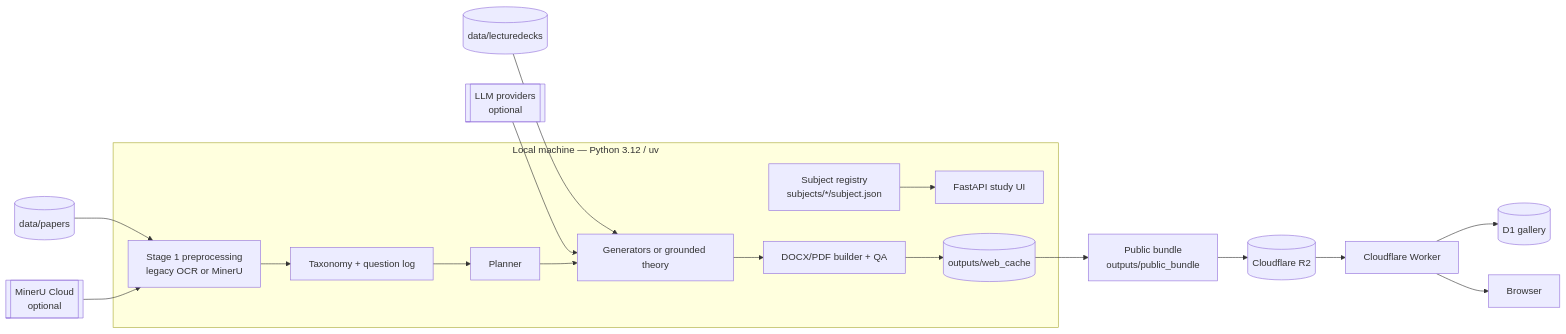
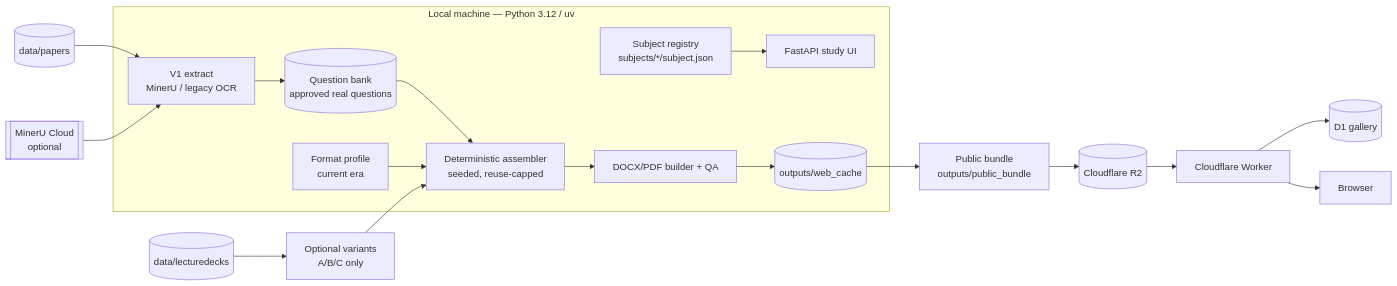
Before and after one commit to jerkfish/paper-generator: the first of 3 diagrams in README.md, drawn with Mermaid. The commit also changed other lines of this file, not shown here.

````diff
--- a/README.md
+++ b/README.md
@@ -54,26 +62,28 @@
 ```mermaid
 flowchart LR
   subgraph LOCAL["Local machine — Python 3.12 / uv"]
     UI["FastAPI study UI"]
     REG["Subject registry<br/>subjects/*/subject.json"]
-    PRE["Stage 1 preprocessing<br/>legacy OCR or MinerU"]
-    LOG["Taxonomy + question log"]
-    PLAN["Planner"]
-    GEN["Generators or grounded theory"]
+    EXTRACT["V1 extract<br/>MinerU / legacy OCR"]
+    BANK[("Question bank<br/>approved real questions")]
+    FORMAT["Format profile<br/>current era"]
+    ASSEMBLE["Deterministic assembler<br/>seeded, reuse-capped"]
     BUILD["DOCX/PDF builder + QA"]
     CACHE[("outputs/web_cache")]
   end
 
-  PAPERS[("data/papers")] --> PRE
-  DECKS[("data/lecturedecks")] --> GEN
-  MINERU[["MinerU Cloud<br/>optional"]] --> PRE
-  LLM[["LLM providers<br/>optional"]] --> GEN
-
+  PAPERS[("data/papers")] --> EXTRACT
+  DECKS[("data/lecturedecks")] --> VARIANTS["Optional variants<br/>A/B/C only"]
+  MINERU[["MinerU Cloud<br/>optional"]] --> EXTRACT
+  EXTRACT --> BANK
+  BANK --> ASSEMBLE
+  FORMAT --> ASSEMBLE
+  VARIANTS --> ASSEMBLE
   REG --> UI
-  PRE --> LOG --> PLAN --> GEN --> BUILD --> CACHE
+  ASSEMBLE --> BUILD --> CACHE
   CACHE --> BUNDLE["Public bundle<br/>outputs/public_bundle"]
   BUNDLE --> R2[("Cloudflare R2")]
   R2 --> WORKER["Cloudflare Worker"]
   WORKER --> D1[("D1 gallery")]
   WORKER --> BROWSER["Browser"]
 ```
````
